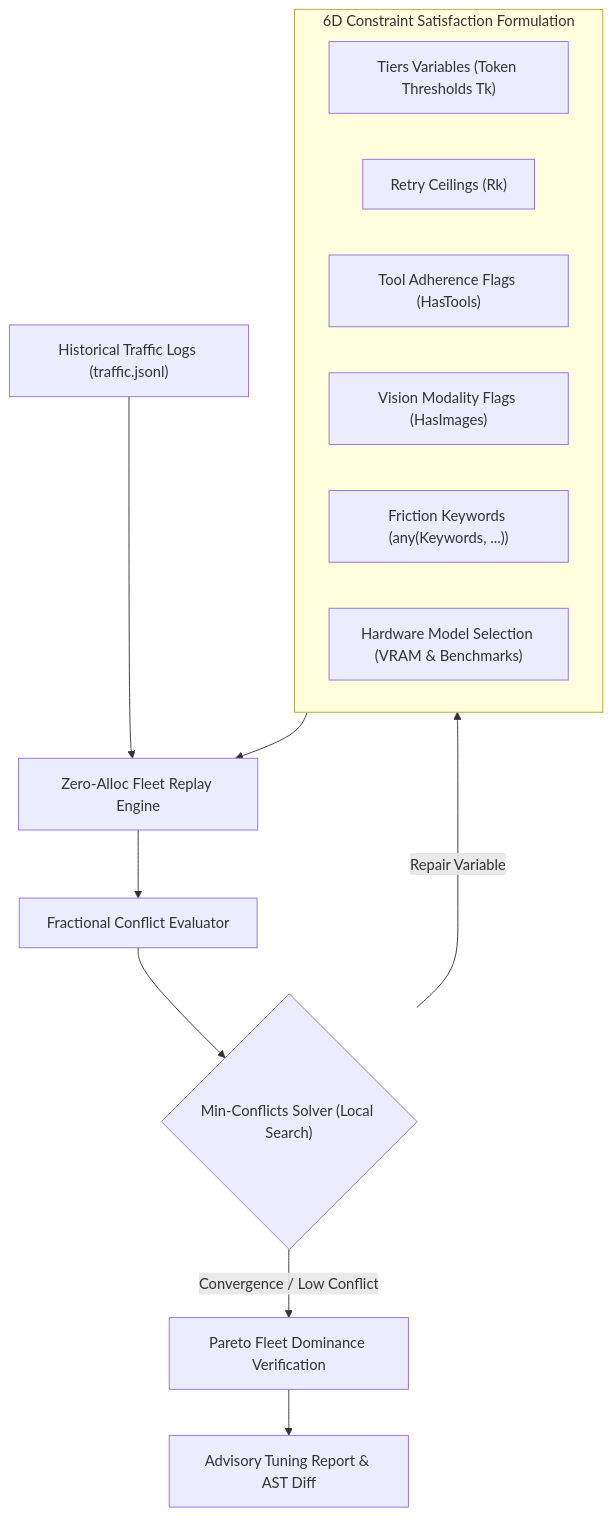
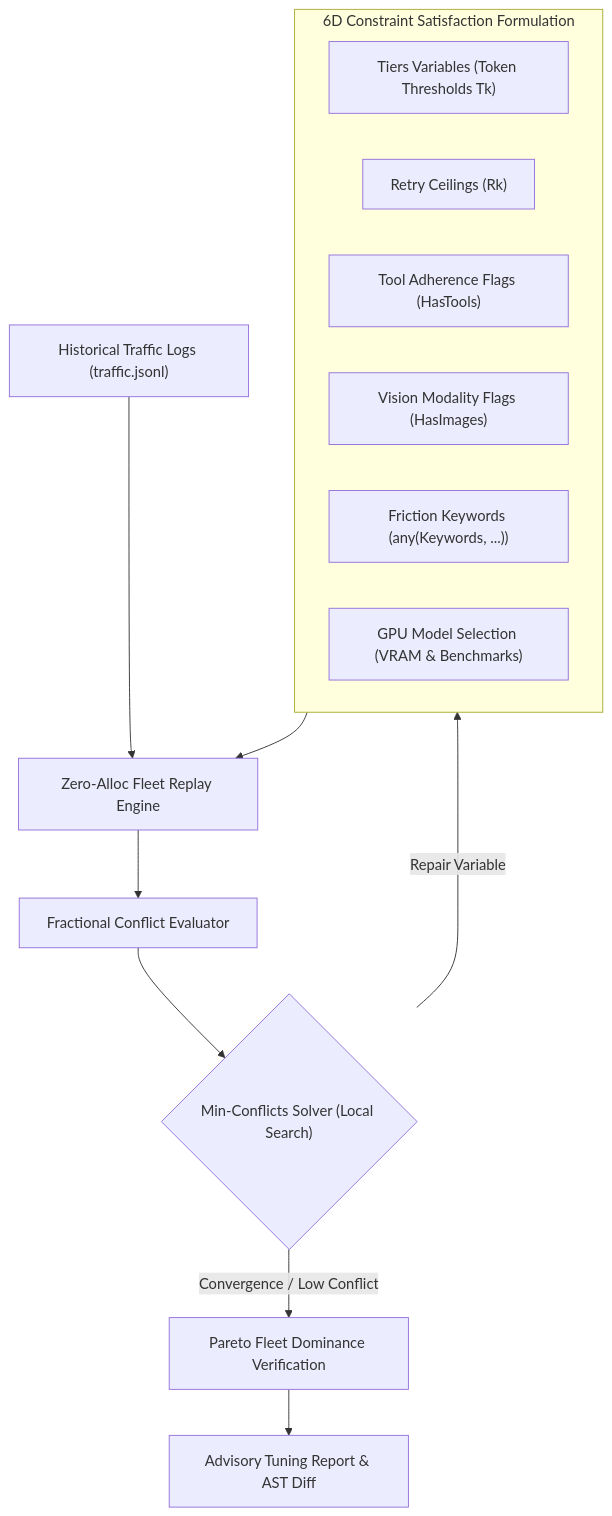
Before and after one commit to dixieflatline76/nacho-flow: the second of 2 diagrams in docs/TUNING_GUIDE.md, drawn with Mermaid. The commit also changed other lines of this file and 17 other files, not shown here.

````diff
--- a/docs/TUNING_GUIDE.md
+++ b/docs/TUNING_GUIDE.md
@@ -495,19 +495,19 @@
 ```mermaid
 flowchart TD
     subgraph CSP["6D Constraint Satisfaction Formulation"]
         T["Tiers Variables (Token Thresholds Tk)"]
         R["Retry Ceilings (Rk)"]
         Tools["Tool Adherence Flags (HasTools)"]
         Vision["Vision Modality Flags (HasImages)"]
         KW["Friction Keywords (any(Keywords, ...))"]
-        Model["Hardware Model Selection (VRAM & Benchmarks)"]
+        Model["GPU Model Selection (VRAM & Benchmarks)"]
     end
 
     Logs["Historical Traffic Logs (traffic.jsonl)"] --> Replay["Zero-Alloc Fleet Replay Engine"]
     CSP --> Replay
     Replay --> Conflict["Fractional Conflict Evaluator"]
     Conflict --> Solver{"Min-Conflicts Solver (Local Search)"}
     Solver -->|Repair Variable| CSP
     Solver -->|Convergence / Low Conflict| Pareto["Pareto Fleet Dominance Verification"]
     Pareto --> Output["Advisory Tuning Report & AST Diff"]
 ```
````
